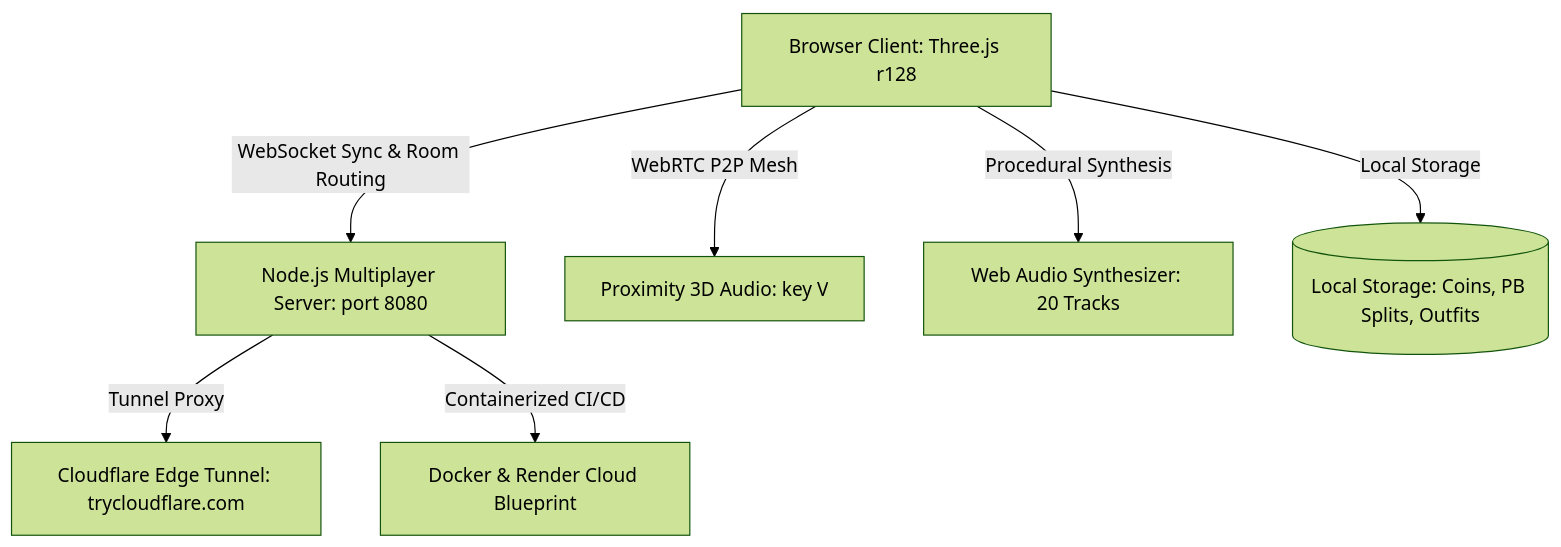
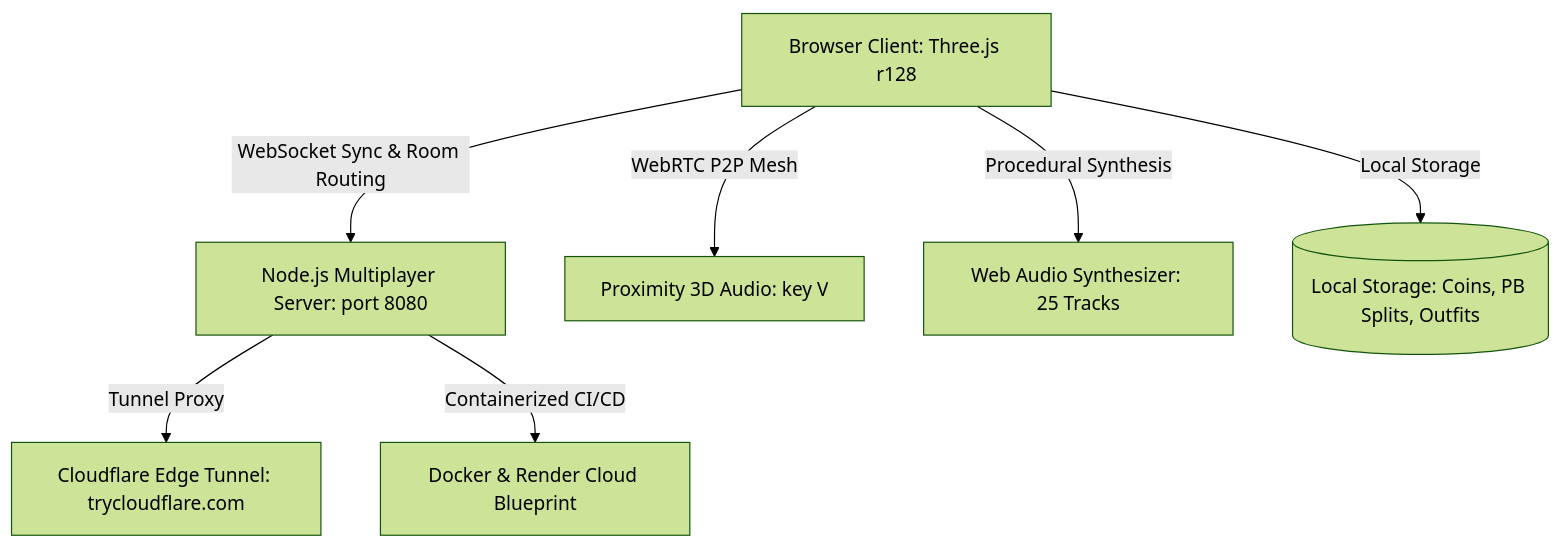
The diagram in README.md (soumyadeepmagnusx/roblox-obby-sim), drawn with Mermaid (forest theme) before and after one commit. The commit also changed other lines of this file and 2 other files, not shown here.

Commit message:
feat: add Speedrun Ghost Live Delta Split Tracker and updated architecture documentation

````diff
--- a/README.md
+++ b/README.md
@@ -14,9 +14,9 @@
 ```mermaid
 flowchart TD
     Client[Browser Client: Three.js r128] -->|WebSocket Sync & Room Routing| Server[Node.js Multiplayer Server: port 8080]
     Client -->|WebRTC P2P Mesh| Voice[Proximity 3D Audio: key V]
-    Client -->|Procedural Synthesis| Music[Web Audio Synthesizer: 20 Tracks]
+    Client -->|Procedural Synthesis| Music[Web Audio Synthesizer: 25 Tracks]
     Client -->|Local Storage| Storage[(Local Storage: Coins, PB Splits, Outfits)]
     Server -->|Tunnel Proxy| Cloudflare[Cloudflare Edge Tunnel: trycloudflare.com]
     Server -->|Containerized CI/CD| Docker[Docker & Render Cloud Blueprint]
 ```
````
